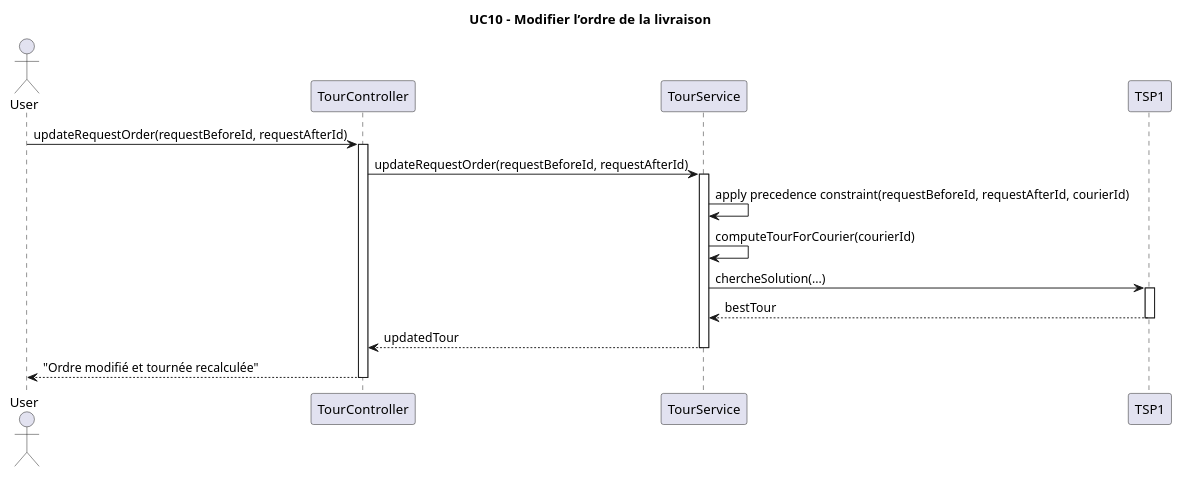
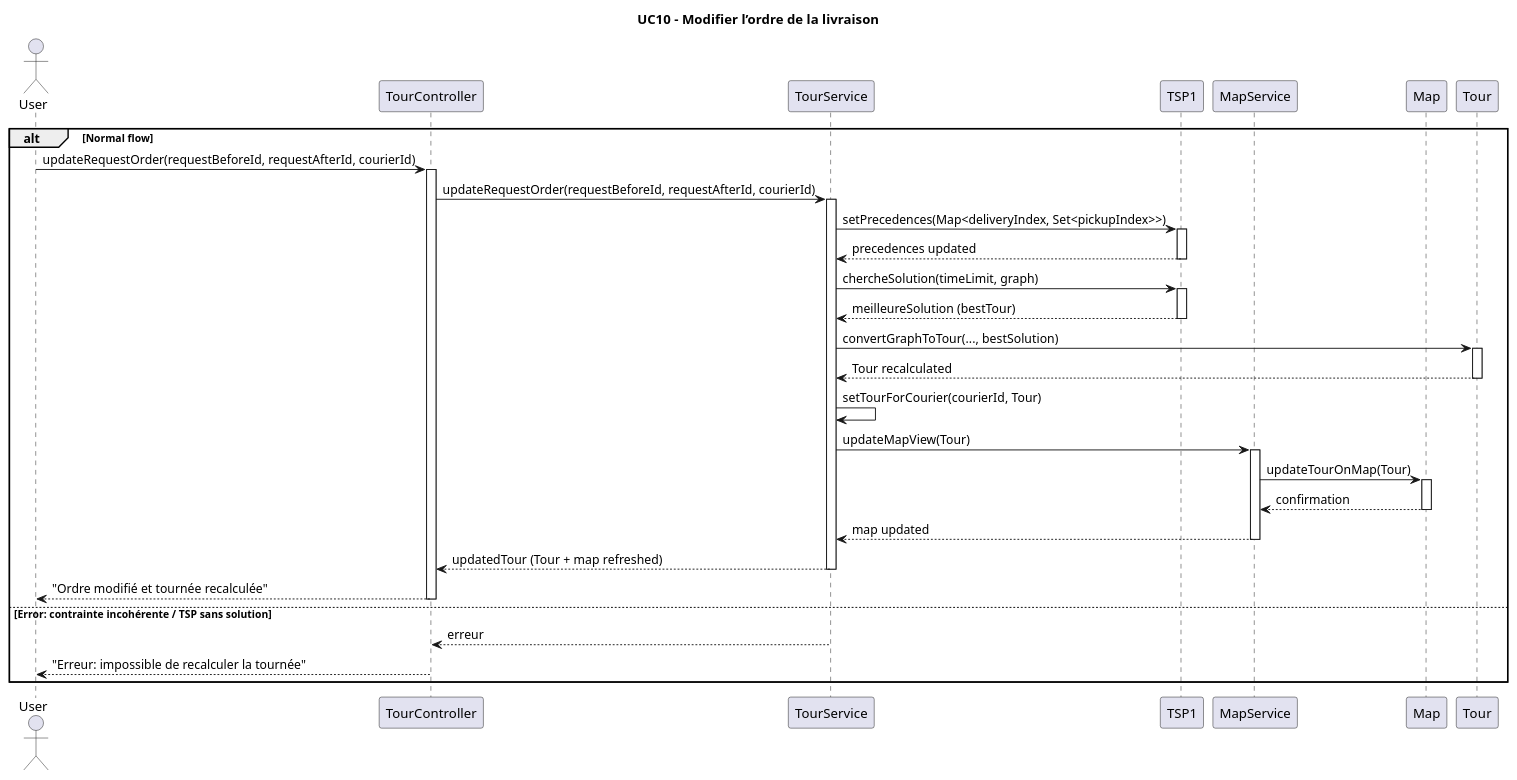
One commit to enzo-dosanjos/Pickup_Delivery_App changed the diagram in diagrams/diagramUC10.plantuml. Above: the diagram before and after it, drawn with PlantUML. The commit also changed 13 other files, not shown here.

```diff
--- a/diagrams/diagramUC10.plantuml
+++ b/diagrams/diagramUC10.plantuml
@@ -1,27 +1,56 @@
 @startuml
-title UC10 - Modifier l’ordre de la livraison
+title UC10 – Modifier l’ordre de la livraison
 
 actor User
 participant "TourController" as TC
 participant "TourService" as TS
-participant "TSP1" as TSP1
+participant "TSP1" as TSP
+participant "MapService" as MS
+participant "Map" as MAP
+participant "Tour" as TOUR
 
-User -> TC : updateRequestOrder(requestBeforeId, requestAfterId)
-activate TC
+alt Normal flow
+    User -> TC : updateRequestOrder(requestBeforeId, requestAfterId, courierId)
+    activate TC
 
-TC -> TS : updateRequestOrder(requestBeforeId, requestAfterId)
-activate TS
+    TC -> TS : updateRequestOrder(requestBeforeId, requestAfterId, courierId)
+    activate TS
 
-TS -> TS : apply precedence constraint(requestBeforeId, requestAfterId, courierId)
-TS -> TS : computeTourForCourier(courierId)
-TS -> TSP1 : chercheSolution(...)
-activate TSP1
-TSP1 --> TS : bestTour
-deactivate TSP1
+        ' --- APPLY PRECEDENCE CONSTRAINT DIRECTLY ON TSP ---
+        TS -> TSP : setPrecedences(Map<deliveryIndex, Set<pickupIndex>>)
+        activate TSP
+        TSP --> TS : precedences updated
+        deactivate TSP
 
-TS --> TC : updatedTour
-deactivate TS
+        ' --- RECOMPUTE TOUR WITH NEW CONSTRAINT ---
+        TS -> TSP : chercheSolution(timeLimit, graph)
+        activate TSP
+        TSP --> TS : meilleureSolution (bestTour)
+        deactivate TSP
 
-TC --> User : "Ordre modifié et tournée recalculée"
-deactivate TC
+        TS -> TOUR : convertGraphToTour(..., bestSolution)
+        activate TOUR
+        TOUR --> TS : Tour recalculated
+        deactivate TOUR
+
+        TS -> TS : setTourForCourier(courierId, Tour)
+        TS -> MS : updateMapView(Tour)
+        activate MS
+            MS -> MAP : updateTourOnMap(Tour)
+            activate MAP
+            MAP --> MS : confirmation
+            deactivate MAP
+        MS --> TS : map updated
+        deactivate MS
+
+    TS --> TC : updatedTour (Tour + map refreshed)
+    deactivate TS
+
+    TC --> User : "Ordre modifié et tournée recalculée"
+    deactivate TC
+
+else Error: contrainte incohérente / TSP sans solution
+    TS --> TC : erreur
+    TC --> User : "Erreur: impossible de recalculer la tournée"
+end
 @enduml
```
